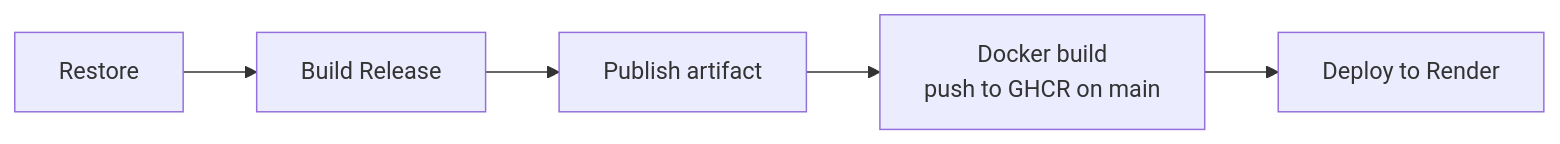
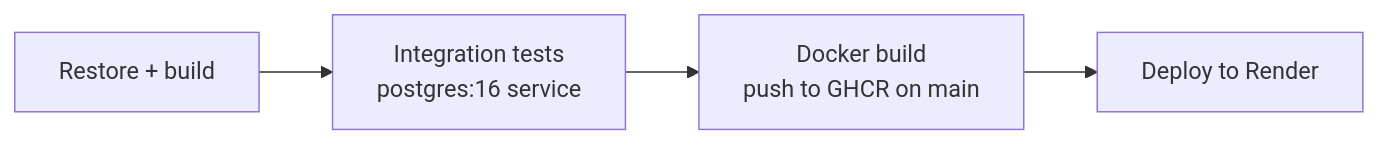
Before and after one commit to kaine45-cyber/Assignment_PRN232_PhanVanLoc_QE190160: the second of 2 diagrams in backend/README.md, drawn with Mermaid. The commit also changed other lines of this file and 11 other files, not shown here.

Commit message:
docs: update README, ERD, screenshots and env examples for Assignment 2

````diff
--- a/backend/README.md
+++ b/backend/README.md
@@ -250,4 +352,4 @@
 ```mermaid
 flowchart LR
-    A[Restore] --> B[Build Release] --> C[Publish artifact] --> D[Docker build<br/>push to GHCR on main] --> E[Deploy to Render]
+    A[Restore + build] --> T[Integration tests<br/>postgres:16 service] --> D[Docker build<br/>push to GHCR on main] --> E[Deploy to Render]
 ```
````
